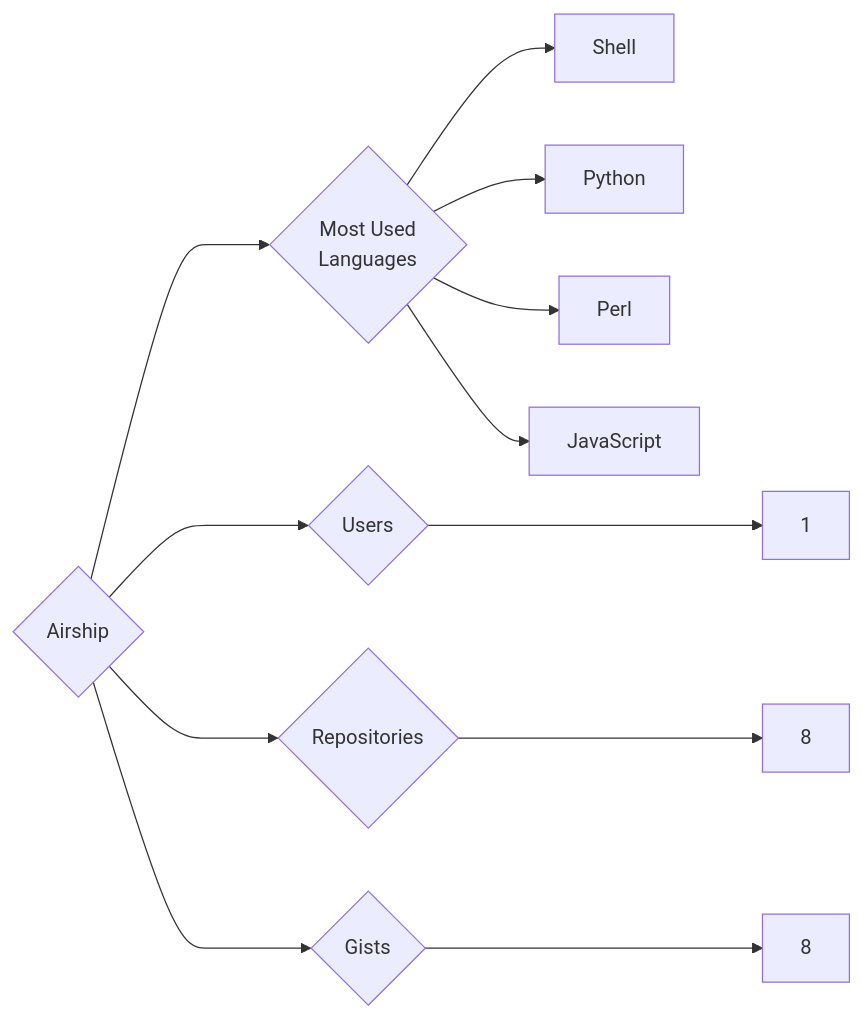
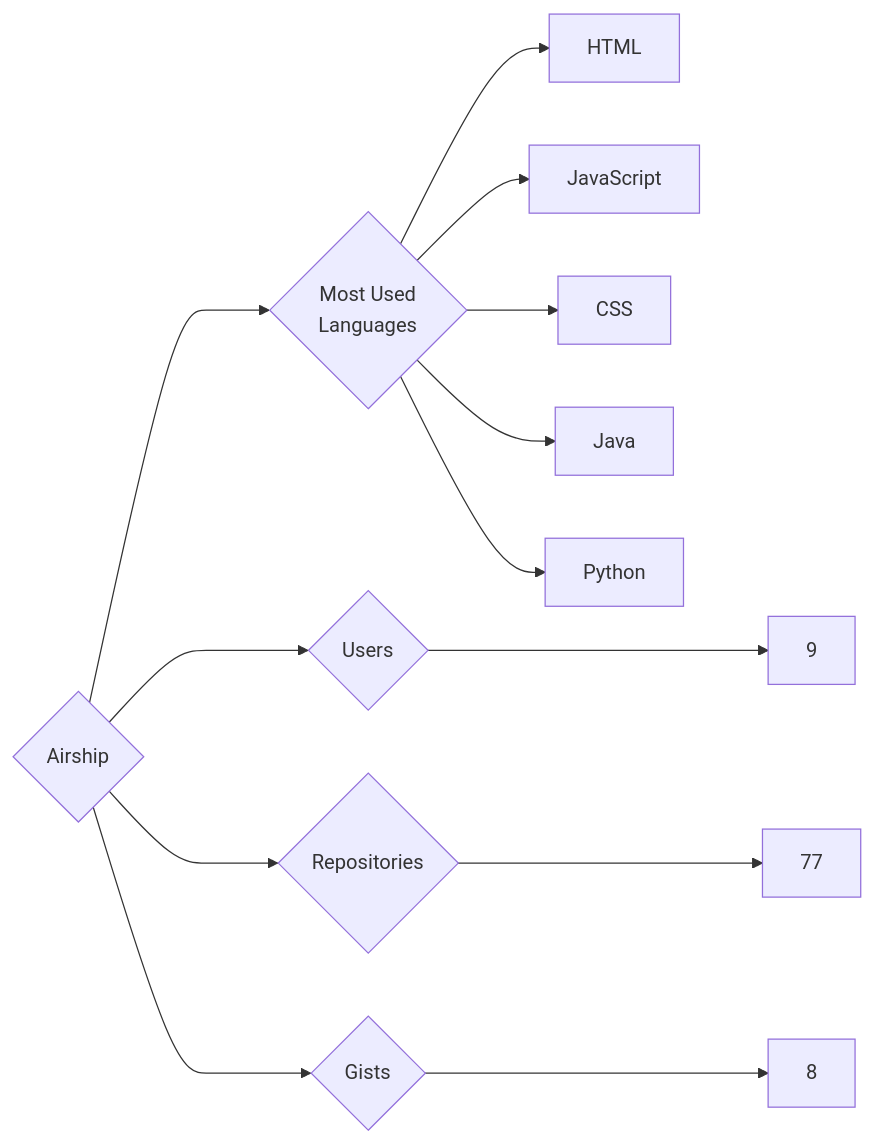
The diagram in targets/Airship/README.md (trickest/insiders), drawn with Mermaid before and after one commit. The commit also changed 681 other files, not shown here.

````diff
--- a/targets/Airship/README.md
+++ b/targets/Airship/README.md
@@ -3,12 +3,13 @@
 ```mermaid
 graph LR
 COMPANY_NAME{Airship}
-COMPANY_NAME ---> U{Users} ---> UN[1]
-COMPANY_NAME ---> R{Repositories} ---> RN[8]
+COMPANY_NAME ---> U{Users} ---> UN[9]
+COMPANY_NAME ---> R{Repositories} ---> RN[77]
 COMPANY_NAME ---> G{Gists} ---> GN[8]
 COMPANY_NAME ---> ML{Most Used<br>Languages}
-ML --> Shell[Shell]
+ML --> HTML[HTML]
+ML --> JavaScript[JavaScript]
+ML --> CSS[CSS]
+ML --> Java[Java]
 ML --> Python[Python]
-ML --> Perl[Perl]
-ML --> JavaScript[JavaScript]
 ```
````
